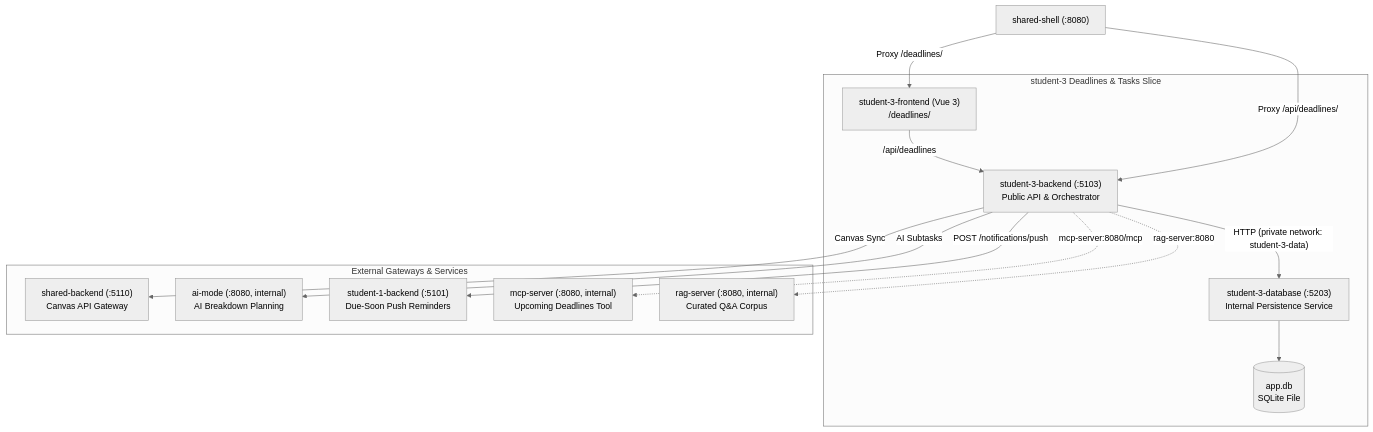
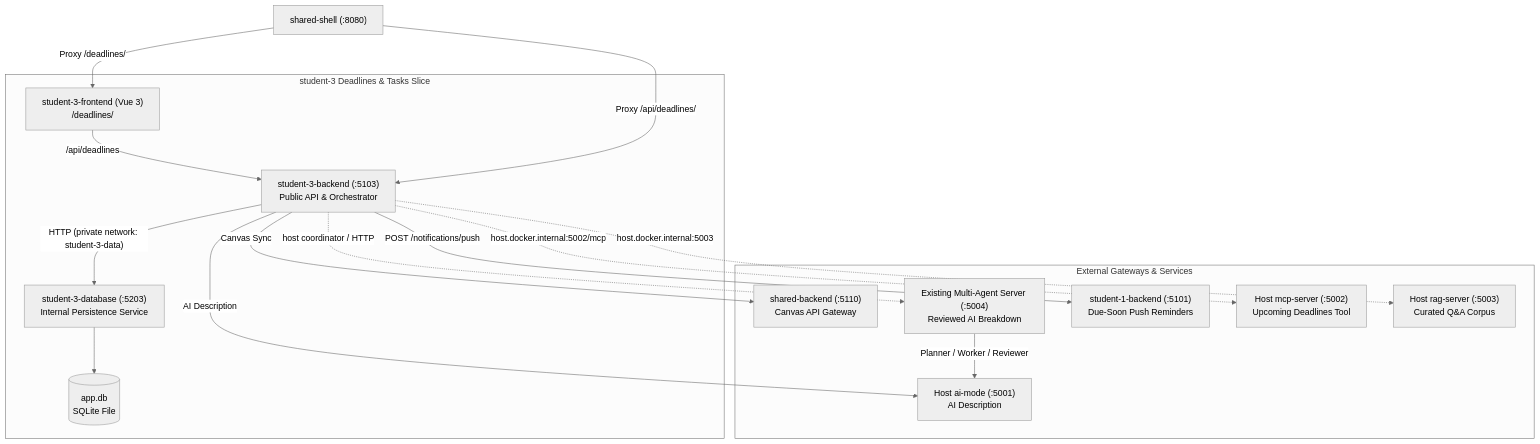
The diagram in student-3/README.md (AmAComputerNerd/41026--software-development-project), drawn with Mermaid (neutral theme) before and after one commit. The commit also changed other lines of this file and 59 other files, not shown here.

Commit message:
feat(multi-agent-service / deadlines): Implement multi-agent server usage into Deadlines microservice and add revision support for multi-agent server (#75)

````diff
--- a/student-3/README.md
+++ b/student-3/README.md
@@ -36,32 +98,35 @@
 ```mermaid
 flowchart TD
     Shell["shared-shell (:8080)"]
 
     subgraph Student3Slice["student-3 Deadlines & Tasks Slice"]
         FE["student-3-frontend (Vue 3)<br>/deadlines/"]
         BE["student-3-backend (:5103)<br>Public API & Orchestrator"]
         DB["student-3-database (:5203)<br>Internal Persistence Service"]
         Storage[("app.db<br>SQLite File")]
         
         FE -- "/api/deadlines" --> BE
         BE -- "HTTP (private network: student-3-data)" --> DB
         DB --> Storage
     end
 
     subgraph ExternalIntegrations["External Gateways & Services"]
         SB["shared-backend (:5110)<br>Canvas API Gateway"]
-        AIM["ai-mode (:8080, internal)<br>AI Breakdown Planning"]
+        AIM["Host ai-mode (:5001)<br>AI Description"]
+        MA["Existing Multi-Agent Server (:5004)<br>Reviewed AI Breakdown"]
         S1["student-1-backend (:5101)<br>Due-Soon Push Reminders"]
-        MCP["mcp-server (:8080, internal)<br>Upcoming Deadlines Tool"]
-        RAG["rag-server (:8080, internal)<br>Curated Q&A Corpus"]
+        MCP["Host mcp-server (:5002)<br>Upcoming Deadlines Tool"]
+        RAG["Host rag-server (:5003)<br>Curated Q&A Corpus"]
     end
 
     Shell -- "Proxy /deadlines/" --> FE
     Shell -- "Proxy /api/deadlines/" --> BE
 
     BE -- "Canvas Sync" --> SB
-    BE -- "AI Subtasks" --> AIM
+    BE -- "AI Description" --> AIM
     BE -- "POST /notifications/push" --> S1
-    BE -. "mcp-server:8080/mcp" .-> MCP
-    BE -. "rag-server:8080" .-> RAG
+    BE -. "host.docker.internal:5002/mcp" .-> MCP
+    BE -. "host.docker.internal:5003" .-> RAG
+    BE -. "host coordinator / HTTP" .-> MA
+    MA -- "Planner / Worker / Reviewer" --> AIM
 ```
````
